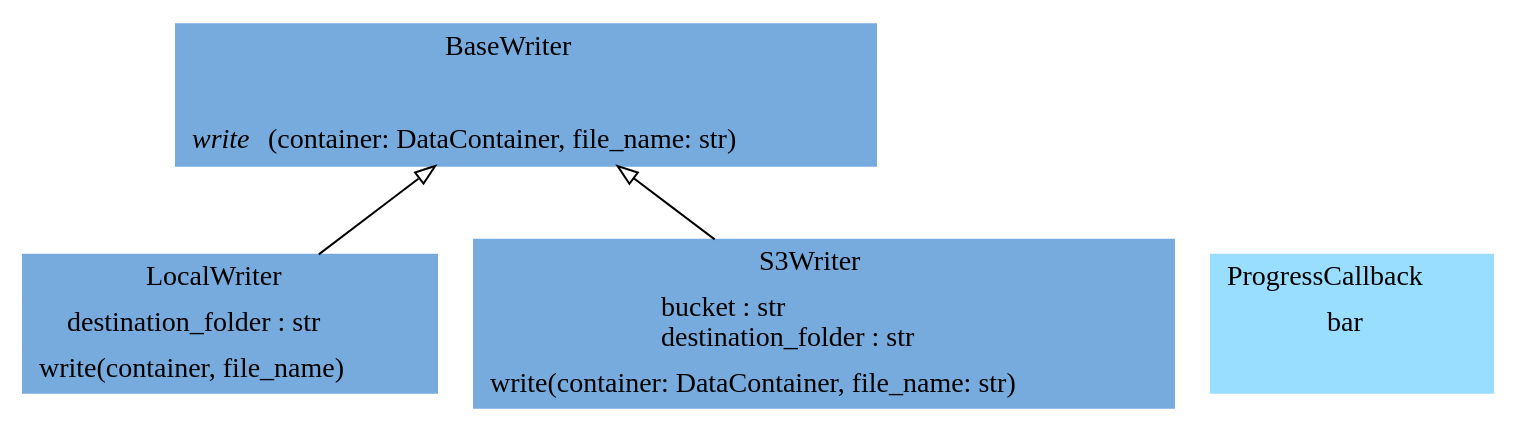
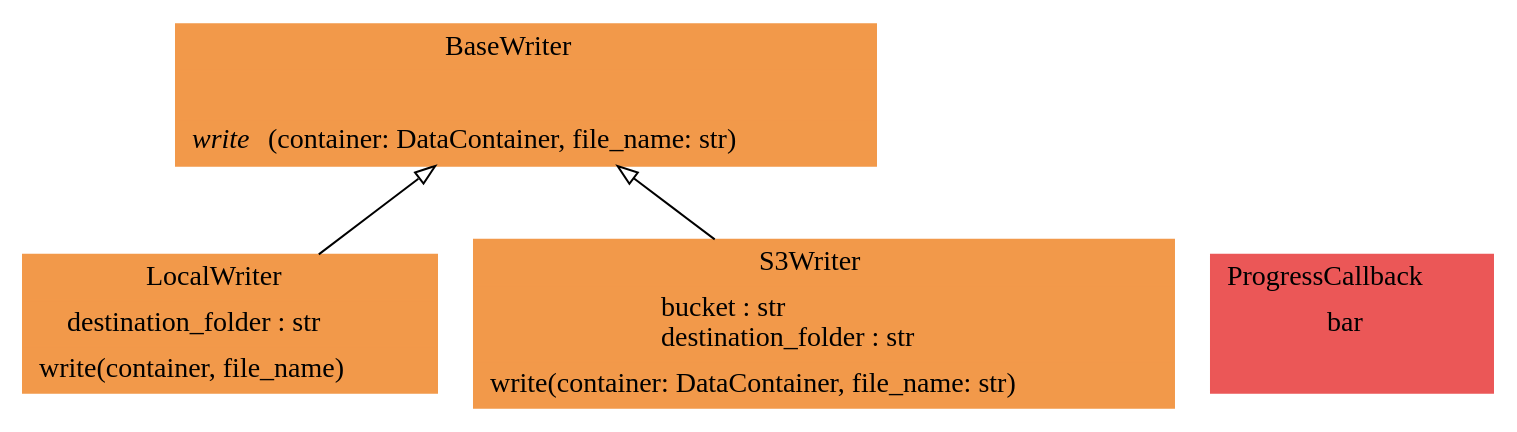
One commit to voidsy-gmbh/pyThermoNDT changed the diagram in docs/pyreverse/classes_pythermondt.writers.gv. Above: the diagram before and after it, drawn with Graphviz. The commit also changed 29 other files, not shown here.

First line of the commit message:
Update the pyreverse diagrams in documentation folder to make them more readable (#44)

```diff
--- a/docs/pyreverse/classes_pythermondt.writers.gv
+++ b/docs/pyreverse/classes_pythermondt.writers.gv
@@ -1,10 +1,10 @@
 digraph "classes_pythermondt.writers" {
 rankdir=BT
 charset="utf-8"
-"pythermondt.writers.base_writer.BaseWriter" [color="#77AADD", fontcolor="black", label=<{BaseWriter|<br ALIGN="LEFT"/>|<I>write</I>(container: DataContainer, file_name: str)<br ALIGN="LEFT"/>}>, shape="record", style="filled"];
-"pythermondt.writers.local_writer.LocalWriter" [color="#77AADD", fontcolor="black", label=<{LocalWriter|destination_folder : str<br ALIGN="LEFT"/>|write(container, file_name)<br ALIGN="LEFT"/>}>, shape="record", style="filled"];
-"pythermondt.writers.s3_writer.S3Writer.write.ProgressCallback" [color="#99DDFF", fontcolor="black", label=<{ProgressCallback|bar<br ALIGN="LEFT"/>|}>, shape="record", style="filled"];
-"pythermondt.writers.s3_writer.S3Writer" [color="#77AADD", fontcolor="black", label=<{S3Writer|bucket : str<br ALIGN="LEFT"/>destination_folder : str<br ALIGN="LEFT"/>|write(container: DataContainer, file_name: str)<br ALIGN="LEFT"/>}>, shape="record", style="filled"];
+"pythermondt.writers.base_writer.BaseWriter" [color="#F2994A", fontcolor="black", label=<{BaseWriter|<br ALIGN="LEFT"/>|<I>write</I>(container: DataContainer, file_name: str)<br ALIGN="LEFT"/>}>, shape="record", style="filled"];
+"pythermondt.writers.local_writer.LocalWriter" [color="#F2994A", fontcolor="black", label=<{LocalWriter|destination_folder : str<br ALIGN="LEFT"/>|write(container, file_name)<br ALIGN="LEFT"/>}>, shape="record", style="filled"];
+"pythermondt.writers.s3_writer.S3Writer.write.ProgressCallback" [color="#EB5757", fontcolor="black", label=<{ProgressCallback|bar<br ALIGN="LEFT"/>|}>, shape="record", style="filled"];
+"pythermondt.writers.s3_writer.S3Writer" [color="#F2994A", fontcolor="black", label=<{S3Writer|bucket : str<br ALIGN="LEFT"/>destination_folder : str<br ALIGN="LEFT"/>|write(container: DataContainer, file_name: str)<br ALIGN="LEFT"/>}>, shape="record", style="filled"];
 "pythermondt.writers.local_writer.LocalWriter" -> "pythermondt.writers.base_writer.BaseWriter" [arrowhead="empty", arrowtail="none"];
 "pythermondt.writers.s3_writer.S3Writer" -> "pythermondt.writers.base_writer.BaseWriter" [arrowhead="empty", arrowtail="none"];
 }
```
